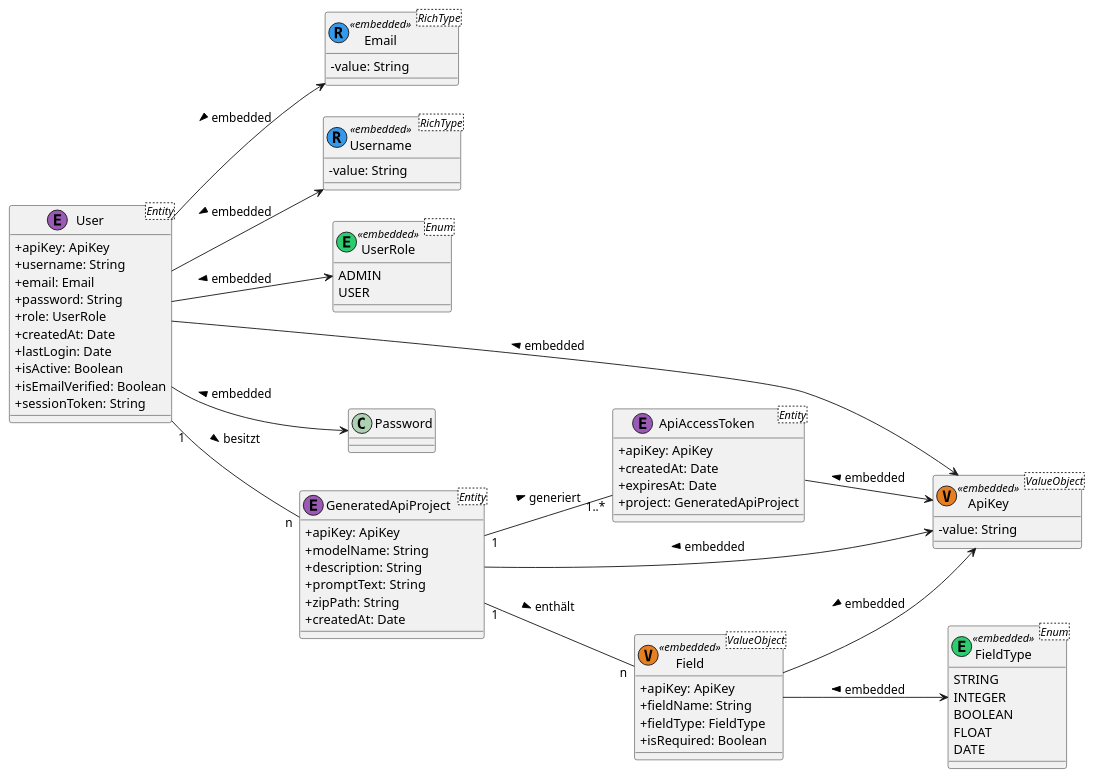
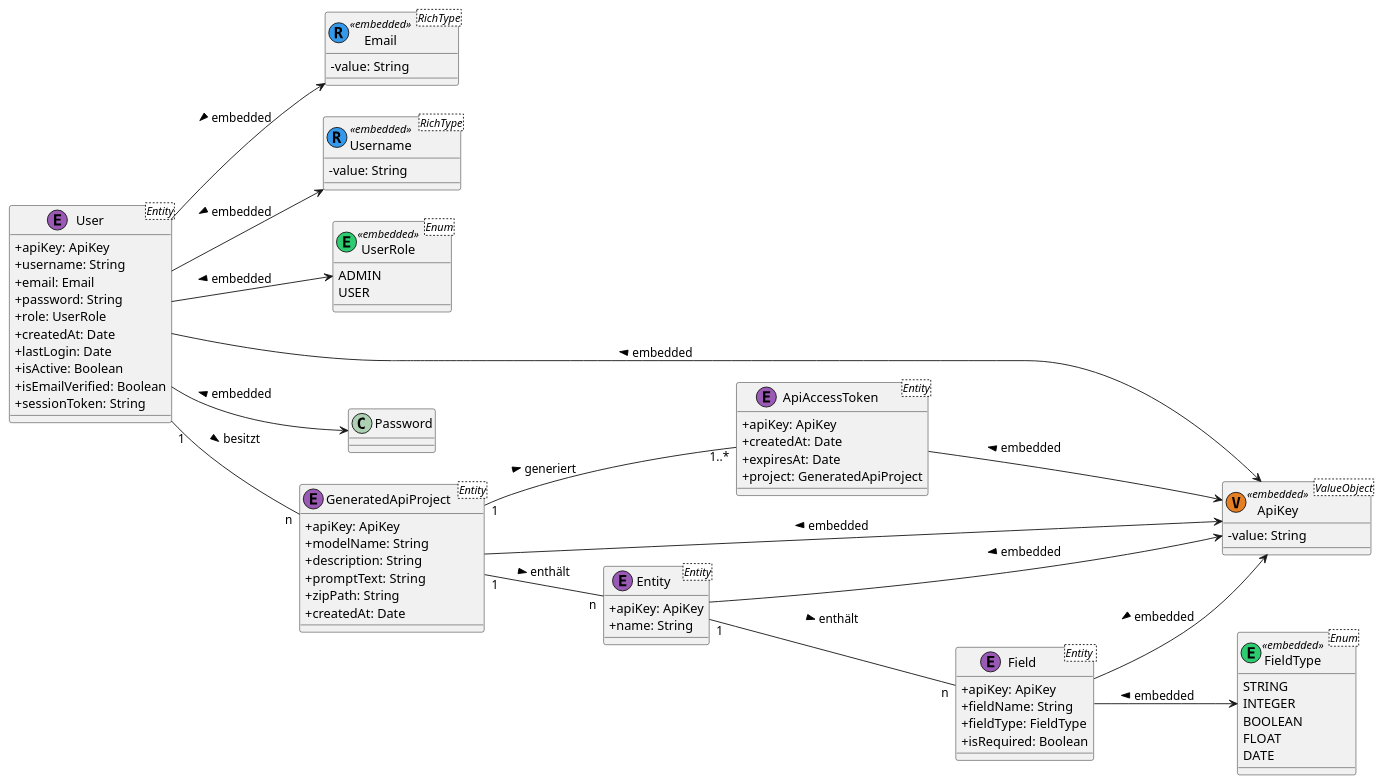
The diagram in src/main/java/at/kalwoda/nocodeapi/domain/domain-model.puml (vincentkalwoda/nocodeapi), drawn with PlantUML before and after one commit. The commit also changed 17 other files, not shown here.

Commit message:
Add EntityModel and Field entities with repositories, converters, and tests

```diff
--- a/src/main/java/at/kalwoda/nocodeapi/domain/domain-model.puml
+++ b/src/main/java/at/kalwoda/nocodeapi/domain/domain-model.puml
@@ -1,88 +1,98 @@
 @startuml
 'https://plantuml.com/class-diagram
 ' Layout
 left to right direction
 skinparam classAttributeIconSize 0
 
 ' ==== User Domain ====
 class User <Entity> << (E, #9b59b6) >> {
 +apiKey: ApiKey
 +username: String
 +email: Email
 +password: String
 +role: UserRole
 +createdAt: Date
 +lastLogin: Date
 +isActive: Boolean
 +isEmailVerified: Boolean
 +sessionToken: String
 }
 
 class Email <RichType> <<(R, #3498eb) embedded >> {
 - value: String
 }
 
 class Username <RichType> <<(R, #3498eb) embedded >> {
 - value: String
 }
 
 enum UserRole <Enum> << (E, #2ecc71) embedded >> {
 ADMIN
 USER
 }
 
 class ApiKey <ValueObject> <<(V, #e67e22) embedded >> {
 - value: String
 }
 
 User --> Email : < embedded
 User --> UserRole : < embedded
 User --> ApiKey : < embedded
 User --> Username : < embedded
 User --> Password : < embedded
 
 ' ==== Project Domain ====
 class GeneratedApiProject <Entity> << (E, #9b59b6) >> {
 +apiKey: ApiKey
 +modelName: String
 +description: String
 +promptText: String
 +zipPath: String
 +createdAt: Date
 }
 
 User "1" -- "n" GeneratedApiProject : besitzt >
 GeneratedApiProject --> ApiKey : < embedded
 
+' ==== EntityModel Domain ====
+class Entity <Entity> << (E, #9b59b6) >> {
++apiKey: ApiKey
++name: String
+}
+
+GeneratedApiProject "1" -- "n" Entity : enthält >
+Entity "1" -- "n" Field : enthält >
+Entity --> ApiKey : < embedded
+
+
 ' ==== Field Domain ====
-class Field <ValueObject> << (V, #e67e22) embedded >> {
+class Field <Entity > << (E, #9b59b6) >> {
 +apiKey: ApiKey
 +fieldName: String
 +fieldType: FieldType
 +isRequired: Boolean
 }
 
 enum FieldType <Enum> << (E, #2ecc71) embedded >> {
 STRING
 INTEGER
 BOOLEAN
 FLOAT
 DATE
 }
 
-GeneratedApiProject "1" -- "n" Field : enthält >
 Field --> FieldType : < embedded
 Field --> ApiKey : < embedded
 
 ' ==== Token Domain ====
 class ApiAccessToken <Entity> << (E, #9b59b6) >> {
 +apiKey: ApiKey
 +createdAt: Date
 +expiresAt: Date
 +project: GeneratedApiProject
 }
 
 GeneratedApiProject "1" -- "1..*" ApiAccessToken : generiert >
 ApiAccessToken --> ApiKey : < embedded
 
 @enduml
```
